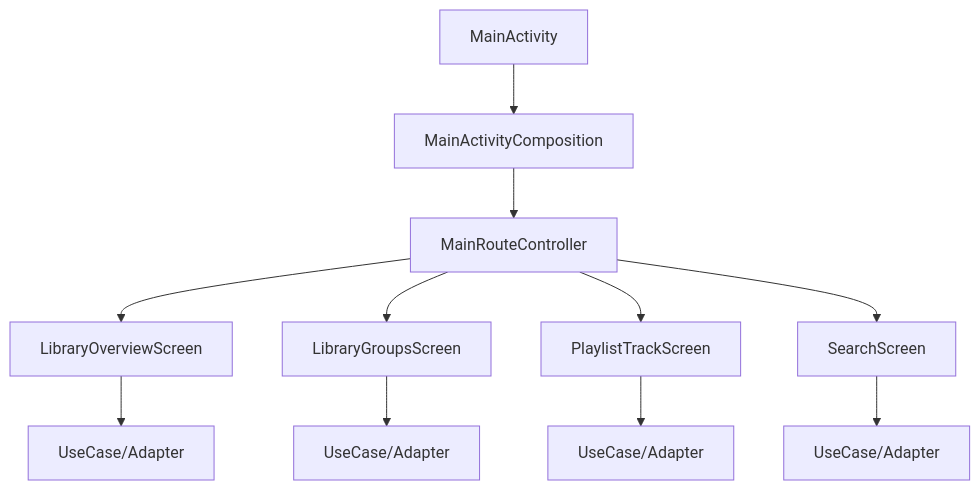
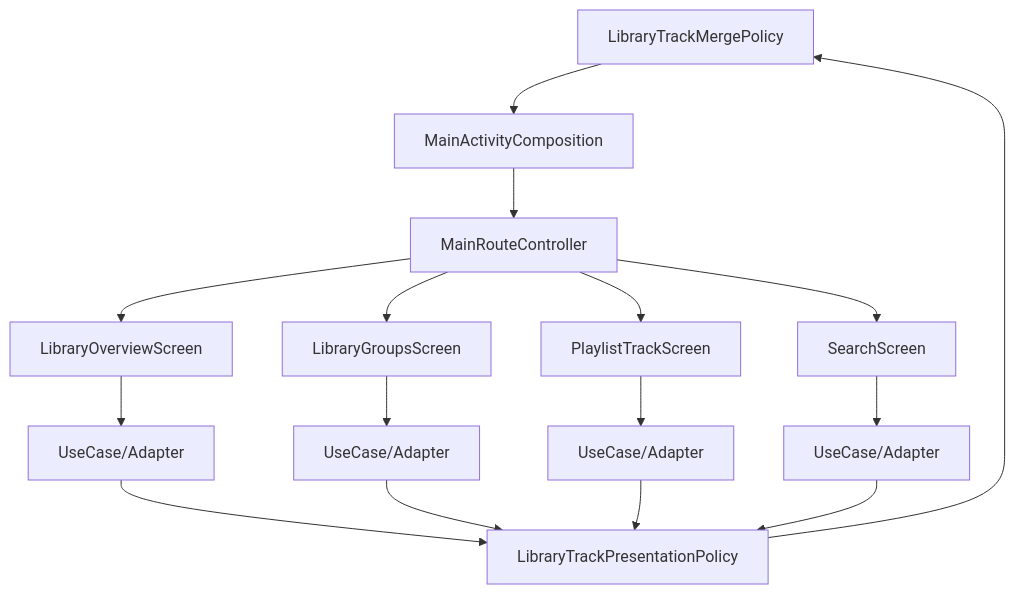
One commit to ysyhlly/Yukine-android changed the tenth of 10 diagrams in .qoder/repowiki/zh/content/用户界面/音乐库界面.md. Above: the diagram before and after it, drawn with Mermaid. The commit also changed other lines of this file and 254 other files, not shown here.

````diff
--- a/.qoder/repowiki/zh/content/用户界面/音乐库界面.md
+++ b/.qoder/repowiki/zh/content/用户界面/音乐库界面.md
@@ -311,13 +424,18 @@
 ```mermaid
 graph TB
 M["MainActivity"] --> MC["MainActivityComposition"]
 MC --> RC["MainRouteController"]
 RC --> LO["LibraryOverviewScreen"]
 RC --> LG["LibraryGroupsScreen"]
 RC --> PT["PlaylistTrackScreen"]
 RC --> SS["SearchScreen"]
 LO --> UC1["UseCase/Adapter"]
 LG --> UC2["UseCase/Adapter"]
 PT --> UC3["UseCase/Adapter"]
 SS --> UC4["UseCase/Adapter"]
+UC1 --> P["LibraryTrackPresentationPolicy"]
+UC2 --> P
+UC3 --> P
+UC4 --> P
+P --> M["LibraryTrackMergePolicy"]
 ```
````
